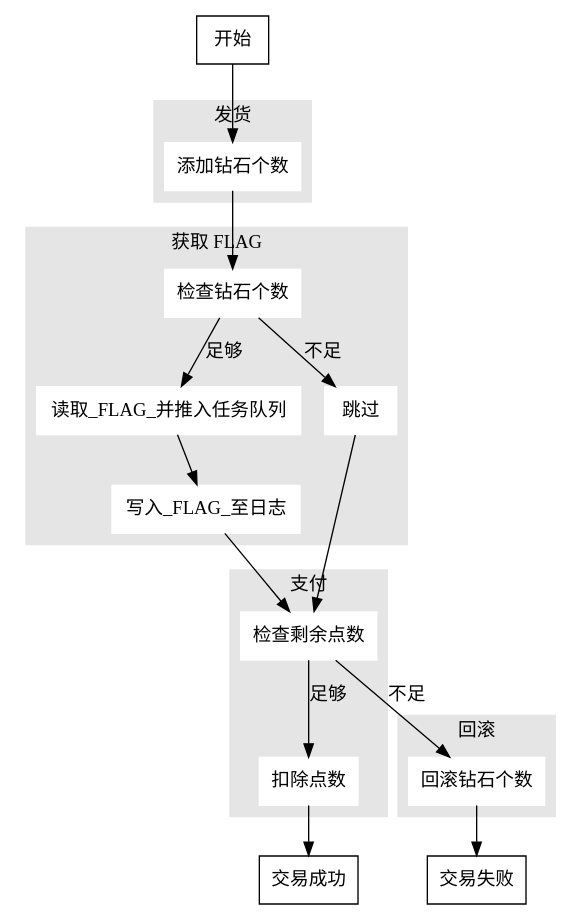
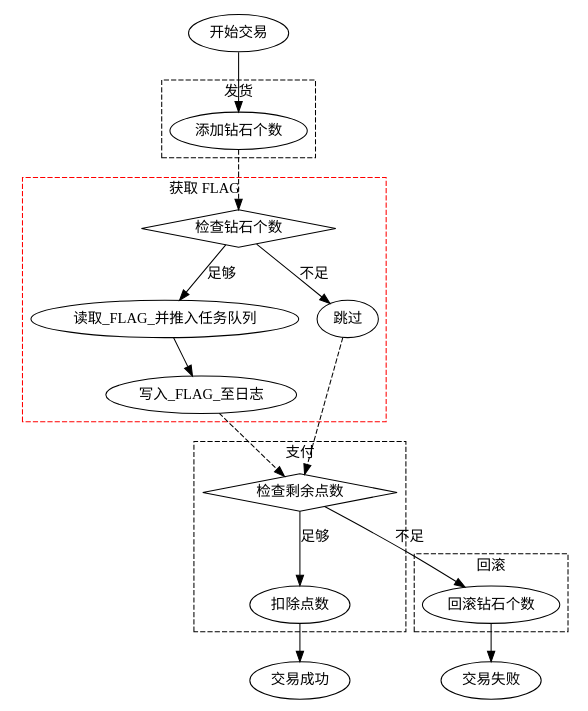
The third of 3 diagrams in web/4/readme.md (imyelo/ddctf-2019-writeups), drawn with Graphviz before and after one commit. The commit also changed other lines of this file, not shown here.

````diff
--- a/web/4/readme.md
+++ b/web/4/readme.md
@@ -484,53 +483,46 @@
 ```graphviz
 digraph G {
-    node [shape=record]
+    size = 7.2
 
 	subgraph cluster_0 {
-		style=filled;
-		color=grey90;
-		node [style=filled,color=white];
-		label = "发货";
-        添加钻石个数;
+		style = "dashed"
+		label = "发货"
+        添加钻石个数
 	}
 
 	subgraph cluster_1 {
-	    style=filled;
-	    color=grey90;
-		node [style=filled, color=white];
-		label = "支付";
-		检查剩余点数;
-		扣除点数;
+		style = "dashed"
+		label = "支付"
+		检查剩余点数 [shape = "diamond"]
+		扣除点数
 	}
 
 	subgraph cluster_2 {
-	    style=filled;
-	    color=grey90;
-		node [style=filled, color=white];
-		label = "回滚";
-		回滚钻石个数;
+		style = "dashed"
+		label = "回滚"
+		回滚钻石个数
 	}
 
 	subgraph cluster_3 {
-		style=filled;
-		color=grey90;
-		node [style=filled,color=white];
-		label = "获取 FLAG";
-        检查钻石个数;
-        读取_FLAG_并推入任务队列;
-        写入_FLAG_至日志;
-        跳过;
+		style = "dashed"
+        color = "red"
+		label = "获取 FLAG"
+        检查钻石个数 [shape = "diamond"]
+        读取_FLAG_并推入任务队列
+        写入_FLAG_至日志
+        跳过
 	}
 	
-	开始 -> 添加钻石个数;
-	添加钻石个数 -> 检查钻石个数;
-	检查钻石个数 -> 读取_FLAG_并推入任务队列 [label=足够];
-	读取_FLAG_并推入任务队列 -> 写入_FLAG_至日志;
-	检查钻石个数 -> 跳过 [label=不足];
-	写入_FLAG_至日志 -> 检查剩余点数;
-	跳过 -> 检查剩余点数;
-	检查剩余点数 -> 扣除点数 [label = 足够];
-	扣除点数 -> 交易成功;
-	检查剩余点数 -> 回滚钻石个数 [label = 不足];
-	回滚钻石个数 -> 交易失败;
+	开始交易 -> 添加钻石个数
+	添加钻石个数 -> 检查钻石个数 [style = "dashed"]
+	检查钻石个数 -> 读取_FLAG_并推入任务队列 [label = "足够"]
+	读取_FLAG_并推入任务队列 -> 写入_FLAG_至日志
+	检查钻石个数 -> 跳过 [label = "不足"]
+	写入_FLAG_至日志 -> 检查剩余点数 [style = "dashed"]
+	跳过 -> 检查剩余点数 [style = "dashed"]
+	检查剩余点数 -> 扣除点数 [label = "足够"]
+	扣除点数 -> 交易成功
+	检查剩余点数 -> 回滚钻石个数 [label = "不足"]
+	回滚钻石个数 -> 交易失败
 }
 ```
````
